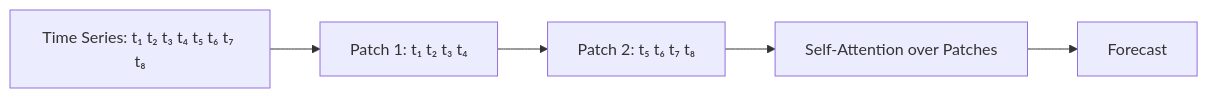
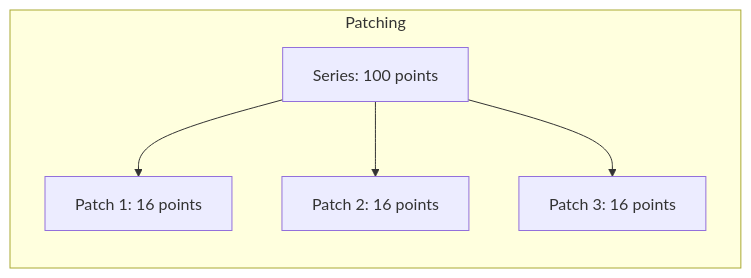
The second of 2 diagrams in src/ml/time-series/transformers.md (vanos001/placement_prep), drawn with Mermaid before and after one commit. The commit also changed other lines of this file and 14 other files, not shown here.

````diff
--- a/src/ml/time-series/transformers.md
+++ b/src/ml/time-series/transformers.md
@@ -45,7 +45,8 @@
 ```mermaid
 graph LR
-    A[Time Series: t₁ t₂ t₃ t₄ t₅ t₆ t₇ t₈] --> B[Patch 1: t₁ t₂ t₃ t₄]
-    B --> C[Patch 2: t₅ t₆ t₇ t₈]
-    C --> D[Self-Attention over Patches]
-    D --> E[Forecast]
+    subgraph "Patching"
+        S[Series: 100 points] --> P1[Patch 1: 16 points]
+        S --> P2[Patch 2: 16 points]
+        S --> P3[Patch 3: 16 points]
+    end
 ```
````
